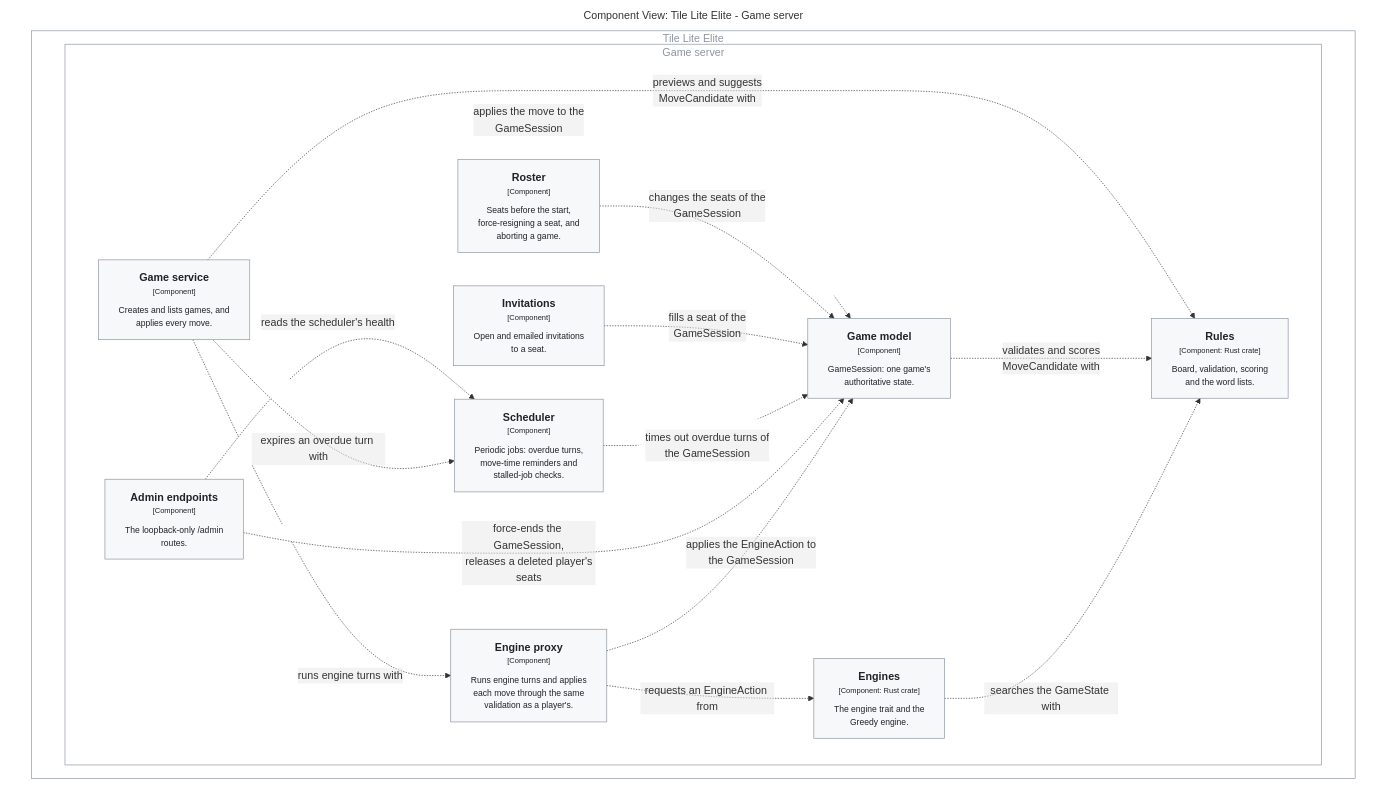
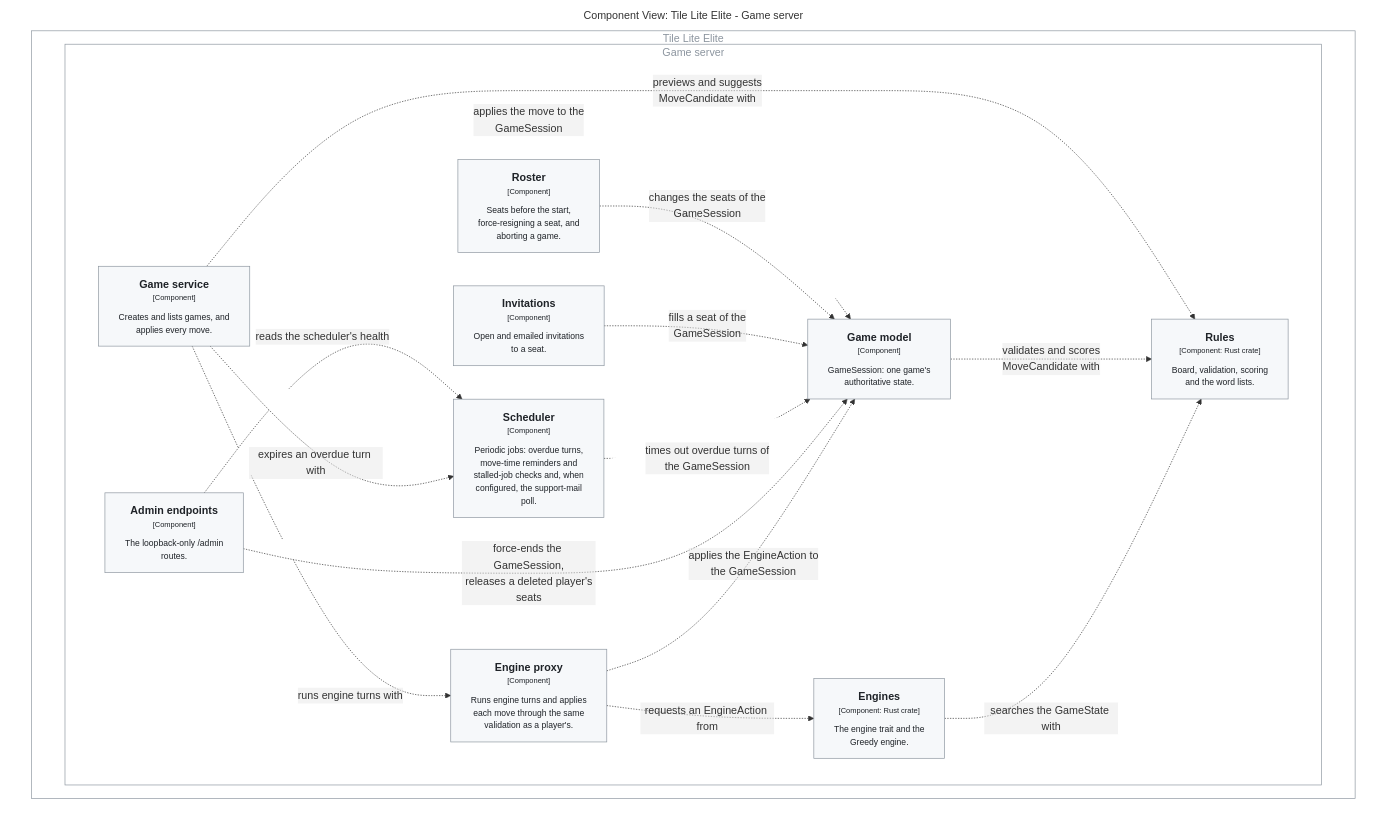
One commit to delphside/tile-lite-elite changed the third of 5 diagrams in docs/4.2.0-design-map.md. Above: the diagram before and after it, drawn with Mermaid. The commit also changed other lines of this file and 4 other files, not shown here.

````diff
--- a/docs/4.2.0-design-map.md
+++ b/docs/4.2.0-design-map.md
@@ -135,51 +140,51 @@
 ```mermaid
 graph TB
   linkStyle default fill:#ffffff
 
   subgraph diagram ["Component View: Tile Lite Elite - Game server"]
     style diagram fill:#ffffff,stroke:#ffffff
 
-    subgraph 4 ["Tile Lite Elite"]
-      style 4 fill:#ffffff,stroke:#8c959f,color:#8c959f
+    subgraph 5 ["Tile Lite Elite"]
+      style 5 fill:#ffffff,stroke:#8c959f,color:#8c959f
 
-      subgraph 9 ["Game server"]
-        style 9 fill:#ffffff,stroke:#8c959f,color:#8c959f
+      subgraph 10 ["Game server"]
+        style 10 fill:#ffffff,stroke:#8c959f,color:#8c959f
 
-        13["<div style='font-weight: bold'>Game service</div><div style='font-size: 70%; margin-top: 0px'>[Component]</div><div style='font-size: 80%; margin-top:10px'>Creates and lists games, and<br />applies every move.</div>"]
-        style 13 fill:#f6f8fa,stroke:#8c959f,color:#1f2328
-        14["<div style='font-weight: bold'>Roster</div><div style='font-size: 70%; margin-top: 0px'>[Component]</div><div style='font-size: 80%; margin-top:10px'>Seats before the start,<br />force-resigning a seat, and<br />aborting a game.</div>"]
+        14["<div style='font-weight: bold'>Game service</div><div style='font-size: 70%; margin-top: 0px'>[Component]</div><div style='font-size: 80%; margin-top:10px'>Creates and lists games, and<br />applies every move.</div>"]
         style 14 fill:#f6f8fa,stroke:#8c959f,color:#1f2328
-        15["<div style='font-weight: bold'>Invitations</div><div style='font-size: 70%; margin-top: 0px'>[Component]</div><div style='font-size: 80%; margin-top:10px'>Open and emailed invitations<br />to a seat.</div>"]
+        15["<div style='font-weight: bold'>Roster</div><div style='font-size: 70%; margin-top: 0px'>[Component]</div><div style='font-size: 80%; margin-top:10px'>Seats before the start,<br />force-resigning a seat, and<br />aborting a game.</div>"]
         style 15 fill:#f6f8fa,stroke:#8c959f,color:#1f2328
-        19["<div style='font-weight: bold'>Admin endpoints</div><div style='font-size: 70%; margin-top: 0px'>[Component]</div><div style='font-size: 80%; margin-top:10px'>The loopback-only /admin<br />routes.</div>"]
-        style 19 fill:#f6f8fa,stroke:#8c959f,color:#1f2328
-        20["<div style='font-weight: bold'>Scheduler</div><div style='font-size: 70%; margin-top: 0px'>[Component]</div><div style='font-size: 80%; margin-top:10px'>Periodic jobs: overdue turns,<br />move-time reminders and<br />stalled-job checks.</div>"]
+        16["<div style='font-weight: bold'>Invitations</div><div style='font-size: 70%; margin-top: 0px'>[Component]</div><div style='font-size: 80%; margin-top:10px'>Open and emailed invitations<br />to a seat.</div>"]
+        style 16 fill:#f6f8fa,stroke:#8c959f,color:#1f2328
+        20["<div style='font-weight: bold'>Admin endpoints</div><div style='font-size: 70%; margin-top: 0px'>[Component]</div><div style='font-size: 80%; margin-top:10px'>The loopback-only /admin<br />routes.</div>"]
         style 20 fill:#f6f8fa,stroke:#8c959f,color:#1f2328
-        21["<div style='font-weight: bold'>Game model</div><div style='font-size: 70%; margin-top: 0px'>[Component]</div><div style='font-size: 80%; margin-top:10px'>GameSession: one game's<br />authoritative state.</div>"]
+        21["<div style='font-weight: bold'>Scheduler</div><div style='font-size: 70%; margin-top: 0px'>[Component]</div><div style='font-size: 80%; margin-top:10px'>Periodic jobs: overdue turns,<br />move-time reminders and<br />stalled-job checks and, when<br />configured, the support-mail<br />poll.</div>"]
         style 21 fill:#f6f8fa,stroke:#8c959f,color:#1f2328
-        22["<div style='font-weight: bold'>Engine proxy</div><div style='font-size: 70%; margin-top: 0px'>[Component]</div><div style='font-size: 80%; margin-top:10px'>Runs engine turns and applies<br />each move through the same<br />validation as a player's.</div>"]
+        22["<div style='font-weight: bold'>Game model</div><div style='font-size: 70%; margin-top: 0px'>[Component]</div><div style='font-size: 80%; margin-top:10px'>GameSession: one game's<br />authoritative state.</div>"]
         style 22 fill:#f6f8fa,stroke:#8c959f,color:#1f2328
-        23["<div style='font-weight: bold'>Engines</div><div style='font-size: 70%; margin-top: 0px'>[Component: Rust crate]</div><div style='font-size: 80%; margin-top:10px'>The engine trait and the<br />Greedy engine.</div>"]
+        23["<div style='font-weight: bold'>Engine proxy</div><div style='font-size: 70%; margin-top: 0px'>[Component]</div><div style='font-size: 80%; margin-top:10px'>Runs engine turns and applies<br />each move through the same<br />validation as a player's.</div>"]
         style 23 fill:#f6f8fa,stroke:#8c959f,color:#1f2328
-        24["<div style='font-weight: bold'>Rules</div><div style='font-size: 70%; margin-top: 0px'>[Component: Rust crate]</div><div style='font-size: 80%; margin-top:10px'>Board, validation, scoring<br />and the word lists.</div>"]
+        24["<div style='font-weight: bold'>Engines</div><div style='font-size: 70%; margin-top: 0px'>[Component: Rust crate]</div><div style='font-size: 80%; margin-top:10px'>The engine trait and the<br />Greedy engine.</div>"]
         style 24 fill:#f6f8fa,stroke:#8c959f,color:#1f2328
+        25["<div style='font-weight: bold'>Rules</div><div style='font-size: 70%; margin-top: 0px'>[Component: Rust crate]</div><div style='font-size: 80%; margin-top:10px'>Board, validation, scoring<br />and the word lists.</div>"]
+        style 25 fill:#f6f8fa,stroke:#8c959f,color:#1f2328
       end
 
     end
 
-    13-. "<div>applies the move to the<br />GameSession</div><div style='font-size: 70%'></div>" .->21
-    13-. "<div>previews and suggests<br />MoveCandidate with</div><div style='font-size: 70%'></div>" .->24
-    13-. "<div>runs engine turns with</div><div style='font-size: 70%'></div>" .->22
-    14-. "<div>changes the seats of the<br />GameSession</div><div style='font-size: 70%'></div>" .->21
-    15-. "<div>fills a seat of the<br />GameSession</div><div style='font-size: 70%'></div>" .->21
-    20-. "<div>times out overdue turns of<br />the GameSession</div><div style='font-size: 70%'></div>" .->21
-    19-. "<div>force-ends the GameSession,<br />releases a deleted player's<br />seats</div><div style='font-size: 70%'></div>" .->21
-    21-. "<div>validates and scores<br />MoveCandidate with</div><div style='font-size: 70%'></div>" .->24
-    22-. "<div>requests an EngineAction from</div><div style='font-size: 70%'></div>" .->23
-    22-. "<div>applies the EngineAction to<br />the GameSession</div><div style='font-size: 70%'></div>" .->21
-    23-. "<div>searches the GameState with</div><div style='font-size: 70%'></div>" .->24
-    19-. "<div>reads the scheduler's health</div><div style='font-size: 70%'></div>" .->20
-    13-. "<div>expires an overdue turn with</div><div style='font-size: 70%'></div>" .->20
+    14-. "<div>applies the move to the<br />GameSession</div><div style='font-size: 70%'></div>" .->22
+    14-. "<div>previews and suggests<br />MoveCandidate with</div><div style='font-size: 70%'></div>" .->25
+    14-. "<div>runs engine turns with</div><div style='font-size: 70%'></div>" .->23
+    15-. "<div>changes the seats of the<br />GameSession</div><div style='font-size: 70%'></div>" .->22
+    16-. "<div>fills a seat of the<br />GameSession</div><div style='font-size: 70%'></div>" .->22
+    21-. "<div>times out overdue turns of<br />the GameSession</div><div style='font-size: 70%'></div>" .->22
+    20-. "<div>force-ends the GameSession,<br />releases a deleted player's<br />seats</div><div style='font-size: 70%'></div>" .->22
+    22-. "<div>validates and scores<br />MoveCandidate with</div><div style='font-size: 70%'></div>" .->25
+    23-. "<div>requests an EngineAction from</div><div style='font-size: 70%'></div>" .->24
+    23-. "<div>applies the EngineAction to<br />the GameSession</div><div style='font-size: 70%'></div>" .->22
+    24-. "<div>searches the GameState with</div><div style='font-size: 70%'></div>" .->25
+    20-. "<div>reads the scheduler's health</div><div style='font-size: 70%'></div>" .->21
+    14-. "<div>expires an overdue turn with</div><div style='font-size: 70%'></div>" .->21
 
   end
 ```
````
